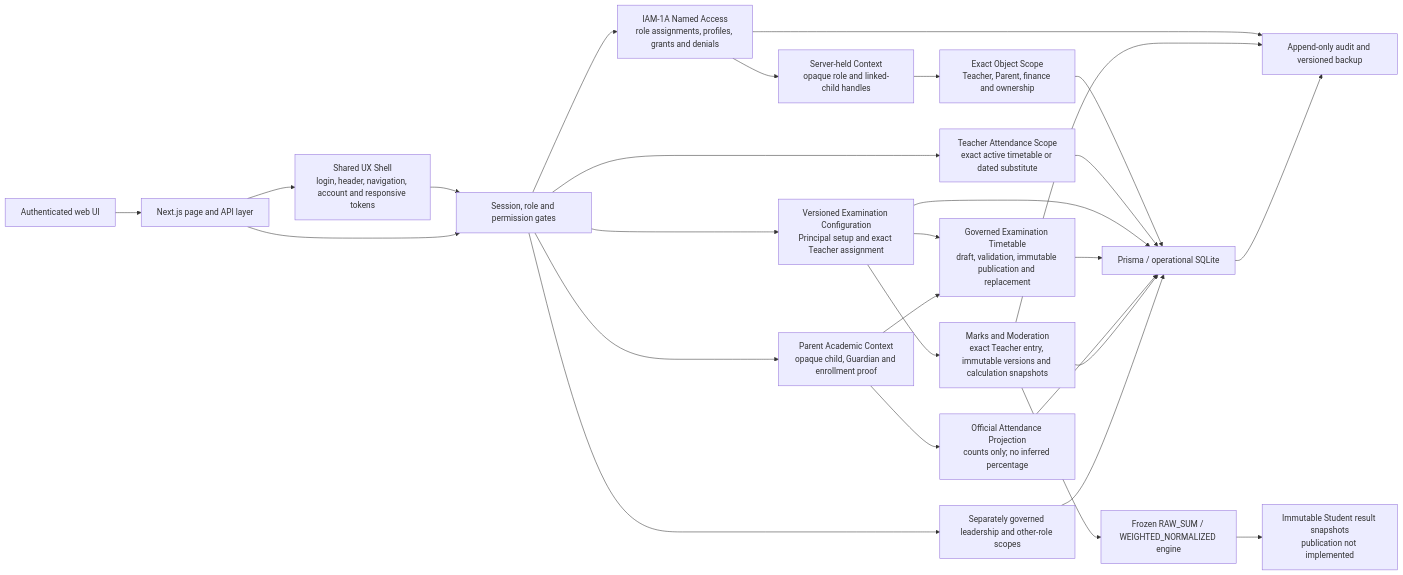
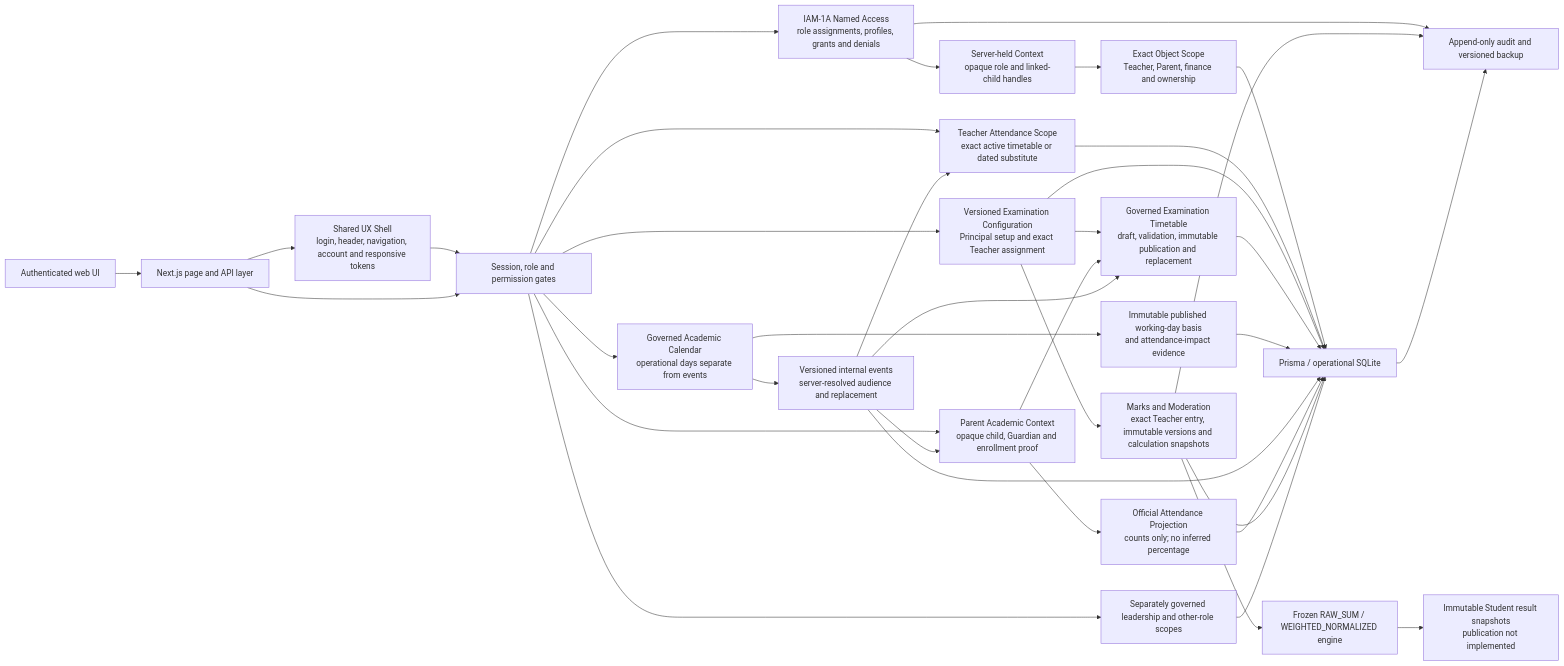
Before and after one commit to vsairohith67/nalanda-school-erp: the diagram in docs/diagrams/master-architecture.mmd, drawn with Mermaid. The commit also changed 77 other files, not shown here.

Commit message:
feat: add governed academic calendar and events

```diff
--- a/docs/diagrams/master-architecture.mmd
+++ b/docs/diagrams/master-architecture.mmd
@@ -1,28 +1,36 @@
 flowchart LR
   UI["Authenticated web UI"] --> APP["Next.js page and API layer"]
   APP --> UX["Shared UX Shell\nlogin, header, navigation, account and responsive tokens"]
   UX --> AUTH
   APP --> AUTH["Session, role and permission gates"]
   AUTH --> IAM["IAM-1A Named Access\nrole assignments, profiles, grants and denials"]
   IAM --> CTX["Server-held Context\nopaque role and linked-child handles"]
   CTX --> SCOPE["Exact Object Scope\nTeacher, Parent, finance and ownership"]
   IAM --> AUDIT
   SCOPE --> DATA
   AUTH --> TAS["Teacher Attendance Scope\nexact active timetable or dated substitute"]
   AUTH --> EXAM["Versioned Examination Configuration\nPrincipal setup and exact Teacher assignment"]
   AUTH --> PARENT23D["Parent Academic Context\nopaque child, Guardian and enrollment proof"]
   AUTH --> GOV["Separately governed leadership and other-role scopes"]
   TAS --> DATA["Prisma / operational SQLite"]
   EXAM --> DATA
   EXAM --> EXAMTIME["Governed Examination Timetable\ndraft, validation, immutable publication and replacement"]
   EXAMTIME --> DATA
   PARENT23D --> ATTENDVIEW["Official Attendance Projection\ncounts only; no inferred percentage"]
   PARENT23D --> EXAMTIME
+  AUTH --> CAL23E["Governed Academic Calendar\noperational days separate from events"]
+  CAL23E --> CALBASIS["Immutable published working-day basis\nand attendance-impact evidence"]
+  CAL23E --> CALEVENT["Versioned internal events\nserver-resolved audience and replacement"]
+  CALEVENT --> PARENT23D
+  CALEVENT --> TAS
+  CALEVENT --> EXAMTIME
+  CALBASIS --> DATA
+  CALEVENT --> DATA
   ATTENDVIEW --> DATA
   EXAM --> MARKS["Marks and Moderation\nexact Teacher entry, immutable versions and calculation snapshots"]
   MARKS --> DATA
   MARKS --> CALC["Frozen RAW_SUM / WEIGHTED_NORMALIZED engine"]
   CALC --> SNAP["Immutable Student result snapshots\npublication not implemented"]
   MARKS --> AUDIT
   GOV --> DATA
   DATA --> AUDIT["Append-only audit and versioned backup"]
```
